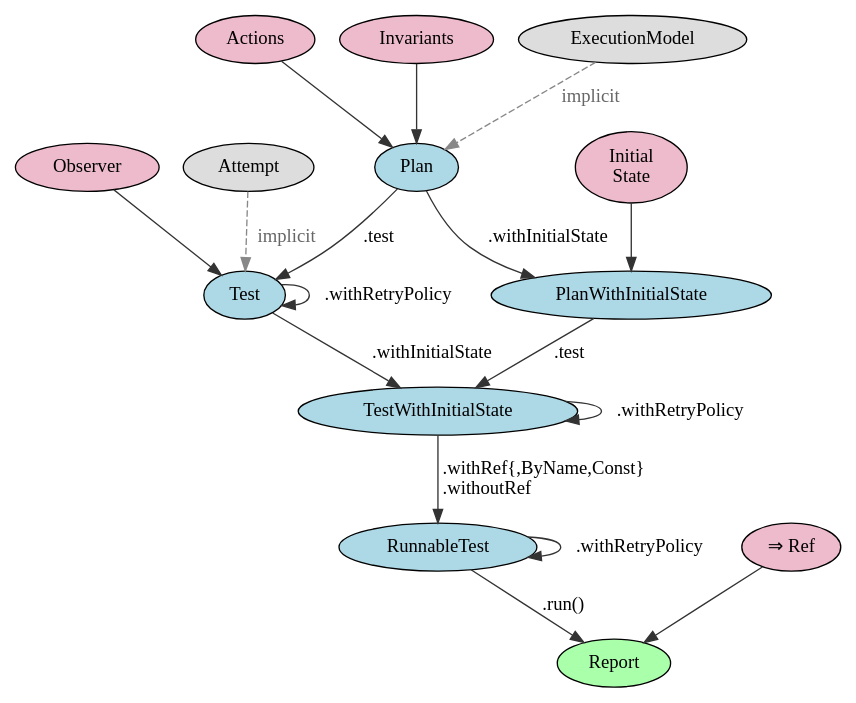
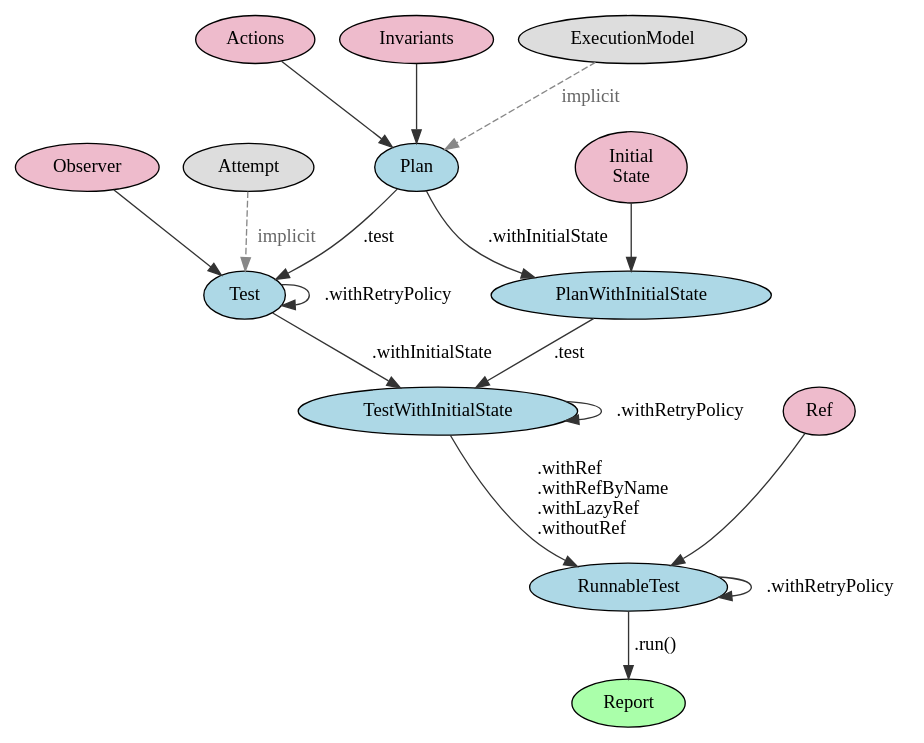
The diagram in doc/runner.gv (japgolly/test-state), drawn with Graphviz before and after one commit. The commit also changed 7 other files, not shown here.

```diff
--- a/doc/runner.gv
+++ b/doc/runner.gv
@@ -1,51 +1,51 @@
 digraph G {
 edge[color="#333333"]
 
 // Provided by user
 { node[style=filled fillcolor="#eebbcc"]
   a [label="Actions"]
   i [label="Invariants"]
   is [label="Initial\nState"]
   o [label="Observer"]
-  ref [label="⇒ Ref"]
+  ref [label="Ref"]
 }
 
 // Nearly always provided automatically
 { node[style=filled fillcolor="#dddddd"]
   r [label="Attempt"]
   em [label="ExecutionModel"]
 }
 
 
 // Aggregation types
 { node[style=filled fillcolor=lightblue]
   plan [label="Plan"]
   planS [label="PlanWithInitialState"]
   test [label="Test"]
   testS [label="TestWithInitialState"]
   testR [label="RunnableTest"]
 }
 
 run [label="Report" style=filled fillcolor="#aaffaa"]
 
 {edge[style=dashed color="#888888" fontcolor="#666666" label=" implicit"]
 r -> test
 em -> plan
 }
 
 a,i -> plan
 is -> planS
 o -> test
 plan -> planS [label=".withInitialState"]
 plan -> test [label=".test"]
 planS -> testS [label=".test"]
 test -> testS [label=".withInitialState"]
 
-ref -> run
-testS -> testR [label="  .withRef{,ByName,Const}\l  .withoutRef\l"]
+ref -> testR
+testS -> testR [label="  .withRef\l  .withRefByName\l  .withLazyRef\l  .withoutRef\l"]
 testR -> run [label=".run()"]
 
 test -> test [label=".withRetryPolicy"]
 testS -> testS [label=".withRetryPolicy"]
 testR -> testR [label=".withRetryPolicy"]
 }
```
